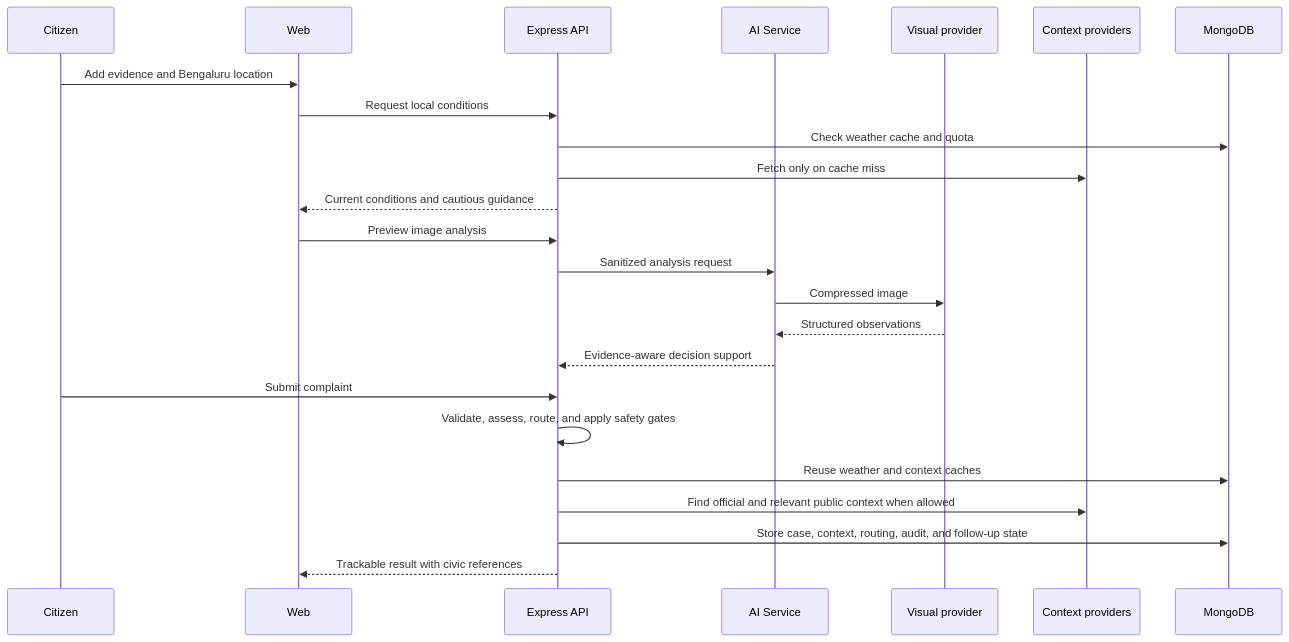
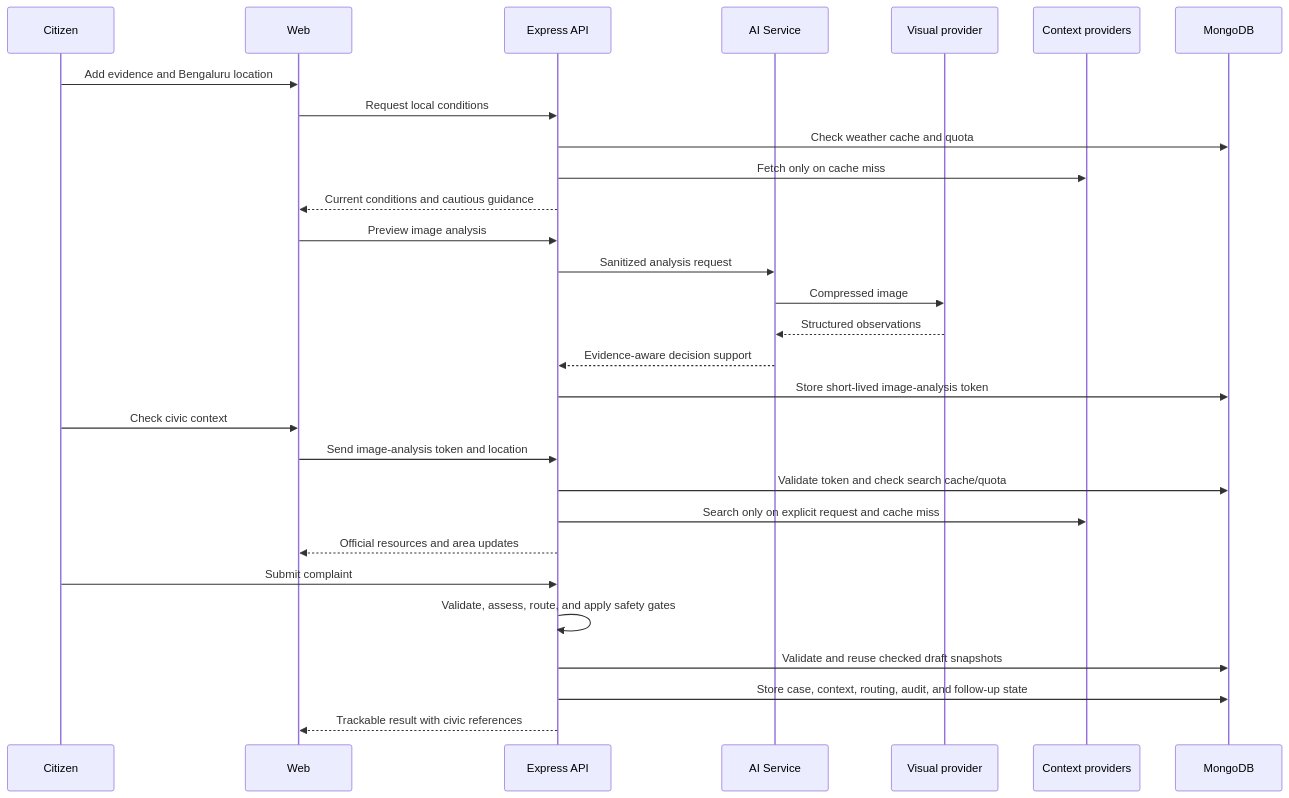
The second of 2 diagrams in README.md (Shreyas0047/Ai-powered-Smart-Community-Problem-Detection), drawn with Mermaid before and after one commit. The commit also changed other lines of this file and 14 other files, not shown here.

```diff
--- a/README.md
+++ b/README.md
@@ -167,27 +167,32 @@
 ~~~mermaid
 sequenceDiagram
     participant U as Citizen
     participant W as Web
     participant A as Express API
     participant I as AI Service
     participant V as Visual provider
     participant C as Context providers
     participant D as MongoDB
 
     U->>W: Add evidence and Bengaluru location
     W->>A: Request local conditions
     A->>D: Check weather cache and quota
     A->>C: Fetch only on cache miss
     A-->>W: Current conditions and cautious guidance
     W->>A: Preview image analysis
     A->>I: Sanitized analysis request
     I->>V: Compressed image
     V-->>I: Structured observations
     I-->>A: Evidence-aware decision support
+    A->>D: Store short-lived image-analysis token
+    U->>W: Check civic context
+    W->>A: Send image-analysis token and location
+    A->>D: Validate token and check search cache/quota
+    A->>C: Search only on explicit request and cache miss
+    A-->>W: Official resources and area updates
     U->>A: Submit complaint
     A->>A: Validate, assess, route, and apply safety gates
-    A->>D: Reuse weather and context caches
-    A->>C: Find official and relevant public context when allowed
+    A->>D: Validate and reuse checked draft snapshots
     A->>D: Store case, context, routing, audit, and follow-up state
     A-->>W: Trackable result with civic references
 ~~~
```
